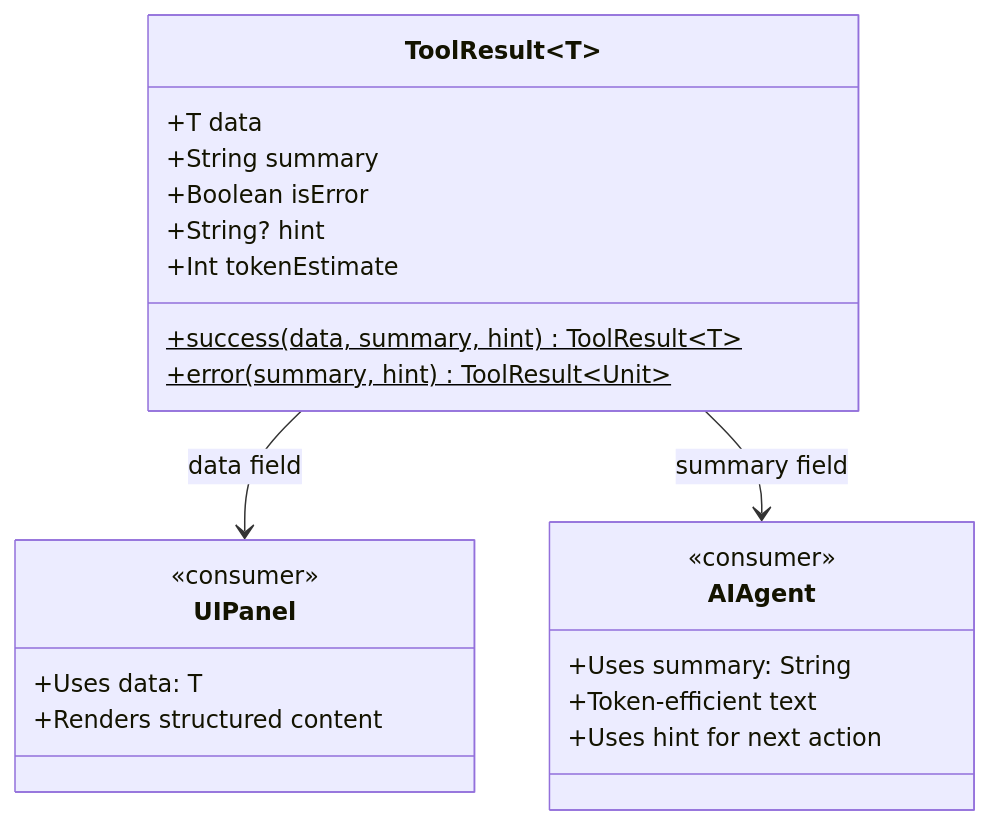
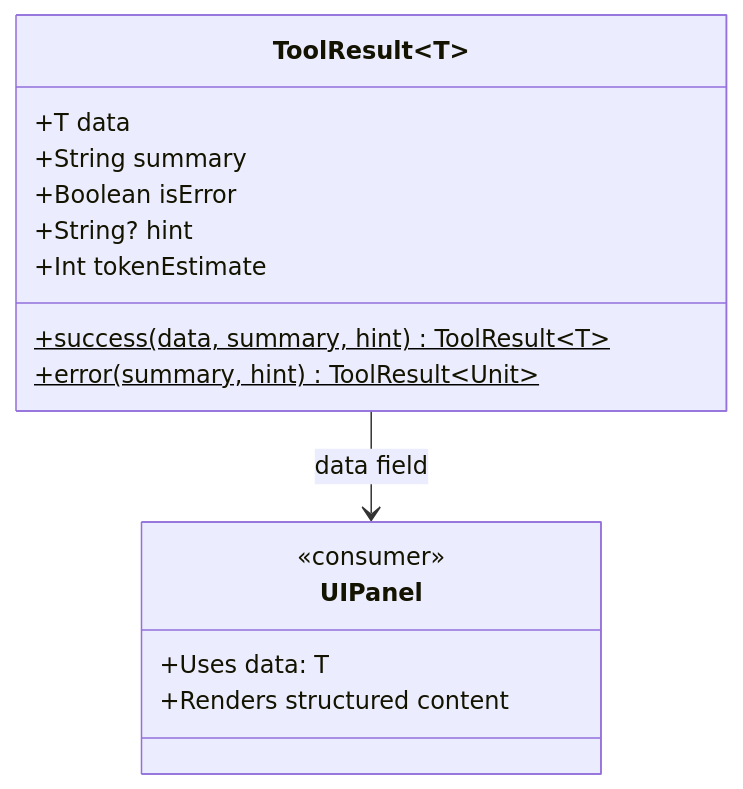
The first of 6 diagrams in docs/architecture/service-layer.md (thenerdygeek/intellij-workflow-orchestrator), drawn with Mermaid before and after one commit. The commit also changed other lines of this file and 4 other files, not shown here.

````diff
--- a/docs/architecture/service-layer.md
+++ b/docs/architecture/service-layer.md
@@ -7,28 +7,20 @@
 ```mermaid
 classDiagram
     class ToolResult~T~ {
         +T data
         +String summary
         +Boolean isError
         +String? hint
         +Int tokenEstimate
         +success(data, summary, hint) ToolResult~T~$
         +error(summary, hint) ToolResult~Unit~$
     }
 
     class UIPanel {
         <<consumer>>
         +Uses data: T
         +Renders structured content
     }
 
-    class AIAgent {
-        <<consumer>>
-        +Uses summary: String
-        +Token-efficient text
-        +Uses hint for next action
-    }
-
     ToolResult~T~ --> UIPanel : data field
-    ToolResult~T~ --> AIAgent : summary field
 ```
````
